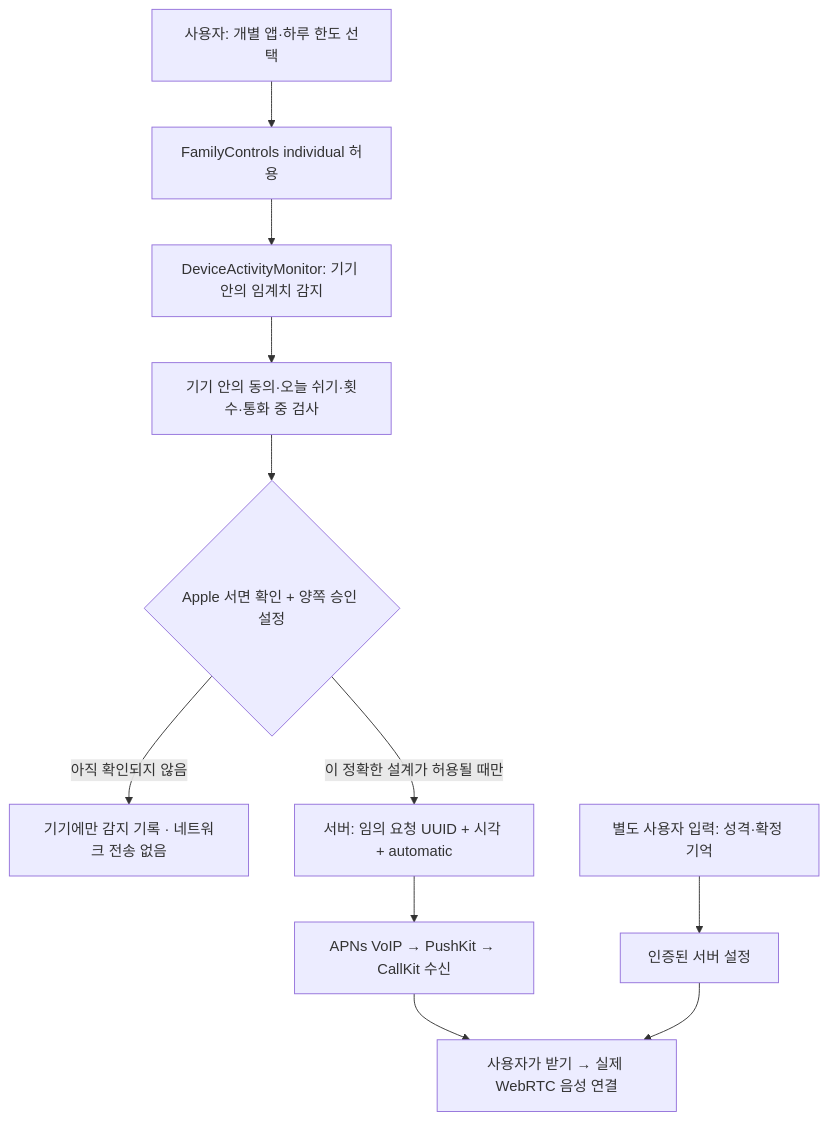
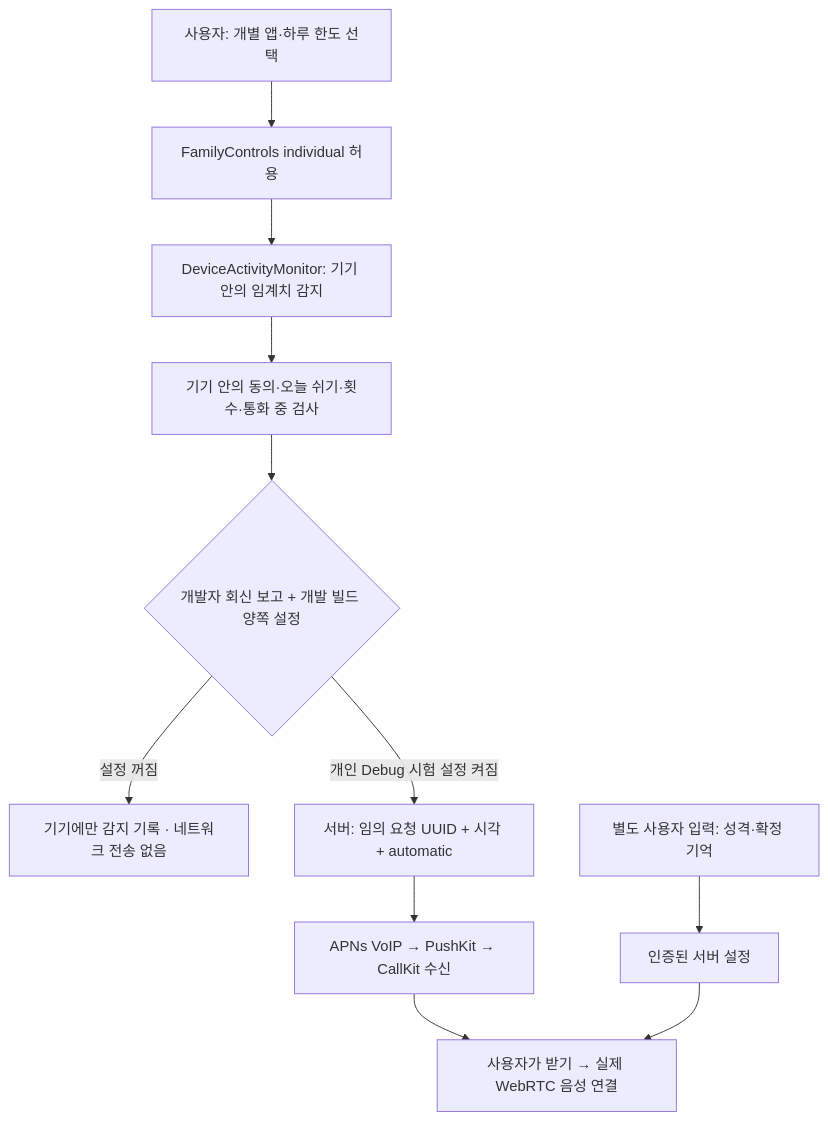
The diagram in docs/APPLE_APPROVAL_PACKET.md (ludia8888/Headsup_side), drawn with Mermaid before and after one commit. The commit also changed other lines of this file and 7 other files, not shown here.

Commit message:
Enable private Debug automatic call integration

````diff
--- a/docs/APPLE_APPROVAL_PACKET.md
+++ b/docs/APPLE_APPROVAL_PACKET.md
@@ -23,13 +23,13 @@
 ```mermaid
 flowchart TD
   A[사용자: 개별 앱·하루 한도 선택] --> B[FamilyControls individual 허용]
   B --> C[DeviceActivityMonitor: 기기 안의 임계치 감지]
   C --> D[기기 안의 동의·오늘 쉬기·횟수·통화 중 검사]
-  D --> E{Apple 서면 확인 + 양쪽 승인 설정}
-  E -- 아직 확인되지 않음 --> F[기기에만 감지 기록 · 네트워크 전송 없음]
-  E -- 이 정확한 설계가 허용될 때만 --> G[서버: 임의 요청 UUID + 시각 + automatic]
+  D --> E{개발자 회신 보고 + 개발 빌드 양쪽 설정}
+  E -- 설정 꺼짐 --> F[기기에만 감지 기록 · 네트워크 전송 없음]
+  E -- 개인 Debug 시험 설정 켜짐 --> G[서버: 임의 요청 UUID + 시각 + automatic]
   G --> H[APNs VoIP → PushKit → CallKit 수신]
   H --> I[사용자가 받기 → 실제 WebRTC 음성 연결]
   J[별도 사용자 입력: 성격·확정 기억] --> K[인증된 서버 설정]
   K --> I
 ```
````
